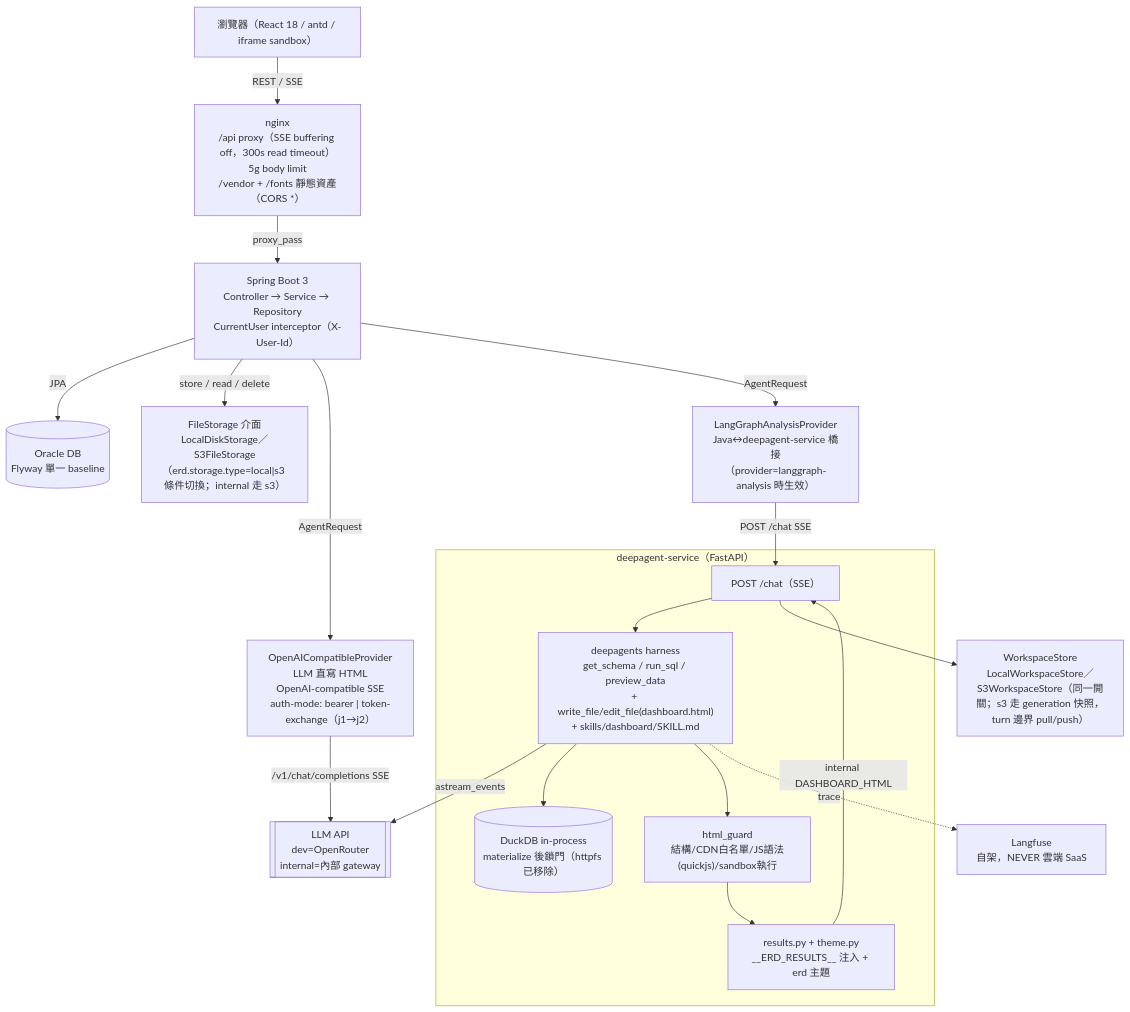
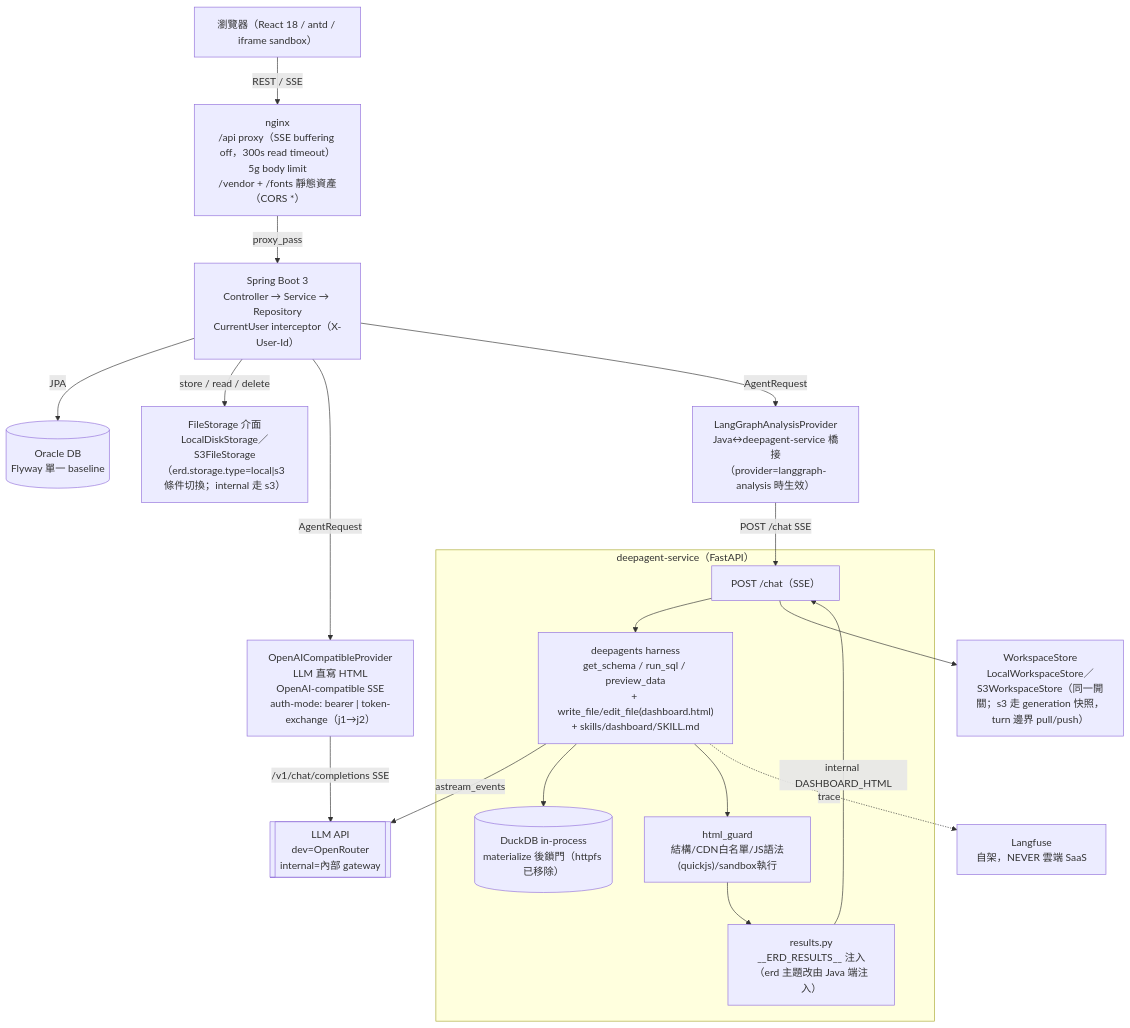
One commit to Michelle12369/cowork changed the first of 4 diagrams in docs/architecture.md. Above: the diagram before and after it, drawn with Mermaid. The commit also changed other lines of this file and 23 other files, not shown here.

First line of the commit message:
refactor(artifact): erd 主題注入收斂至 Java + 版本編輯改用 rawHtml + dashboard skill 合檔

````diff
--- a/docs/architecture.md
+++ b/docs/architecture.md
@@ -11,42 +11,42 @@
 ```mermaid
 graph TD
     Browser["瀏覽器（React 18 / antd / iframe sandbox）"]
     Nginx["nginx\n/api proxy（SSE buffering off，300s read timeout）\n5g body limit\n/vendor + /fonts 靜態資產（CORS *）"]
     Spring["Spring Boot 3\nController → Service → Repository\nCurrentUser interceptor（X-User-Id）"]
     Oracle[("Oracle DB\nFlyway 單一 baseline")]
     FileStorage["FileStorage 介面\nLocalDiskStorage／S3FileStorage（erd.storage.type=local|s3 條件切換；internal 走 s3）"]
 
     OpenAICompatible["OpenAICompatibleProvider\nLLM 直寫 HTML\nOpenAI-compatible SSE\nauth-mode: bearer | token-exchange（j1→j2）"]
     LangGraphAnalysis["LangGraphAnalysisProvider\nJava↔deepagent-service 橋接\n（provider=langgraph-analysis 時生效）"]
 
     subgraph DeepAgent["deepagent-service（FastAPI）"]
         FastAPIChat["POST /chat（SSE）"]
         DeepAgentsHarness["deepagents harness\nget_schema / run_sql / preview_data\n+ write_file/edit_file(dashboard.html)\n+ skills/dashboard/SKILL.md"]
         DuckDBEngine[("DuckDB in-process\nmaterialize 後鎖門（httpfs 已移除）")]
         HtmlGuard["html_guard\n結構/CDN白名單/JS語法(quickjs)/sandbox執行"]
-        ResultsTheme["results.py + theme.py\n__ERD_RESULTS__ 注入 + erd 主題"]
+        ResultsTheme["results.py\n__ERD_RESULTS__ 注入（erd 主題改由 Java 端注入）"]
     end
 
     WorkspaceStore["WorkspaceStore\nLocalWorkspaceStore／S3WorkspaceStore（同一開關；s3 走 generation 快照，turn 邊界 pull/push）"]
     LLMAPI[["LLM API\ndev=OpenRouter\ninternal=內部 gateway"]]
     Langfuse["Langfuse\n自架，NEVER 雲端 SaaS"]
 
     Browser -->|REST / SSE| Nginx
     Nginx -->|proxy_pass| Spring
     Spring -->|JPA| Oracle
     Spring -->|store / read / delete| FileStorage
 
     Spring -->|AgentRequest| OpenAICompatible
     OpenAICompatible -->|/v1/chat/completions SSE| LLMAPI
 
     Spring -->|AgentRequest| LangGraphAnalysis
     LangGraphAnalysis -->|POST /chat SSE| FastAPIChat
     FastAPIChat --> DeepAgentsHarness
     DeepAgentsHarness -->|astream_events| LLMAPI
     DeepAgentsHarness --> DuckDBEngine
     DeepAgentsHarness --> HtmlGuard
     HtmlGuard --> ResultsTheme
     ResultsTheme -->|internal DASHBOARD_HTML| FastAPIChat
     FastAPIChat --> WorkspaceStore
     DeepAgentsHarness -.trace.-> Langfuse
 ```
````
